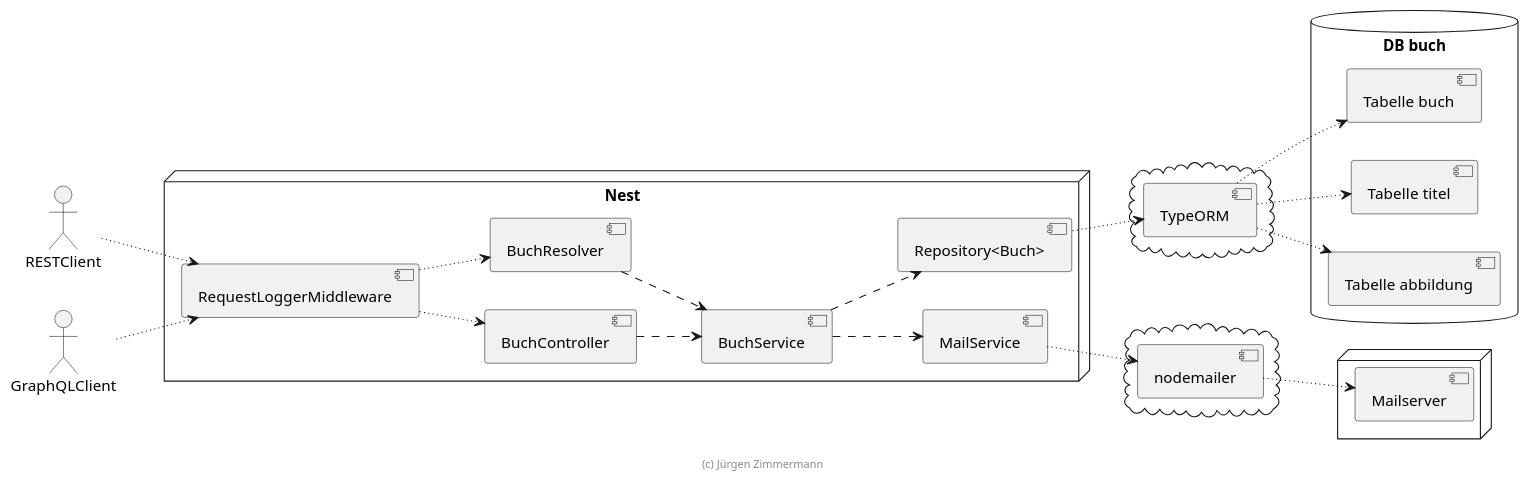
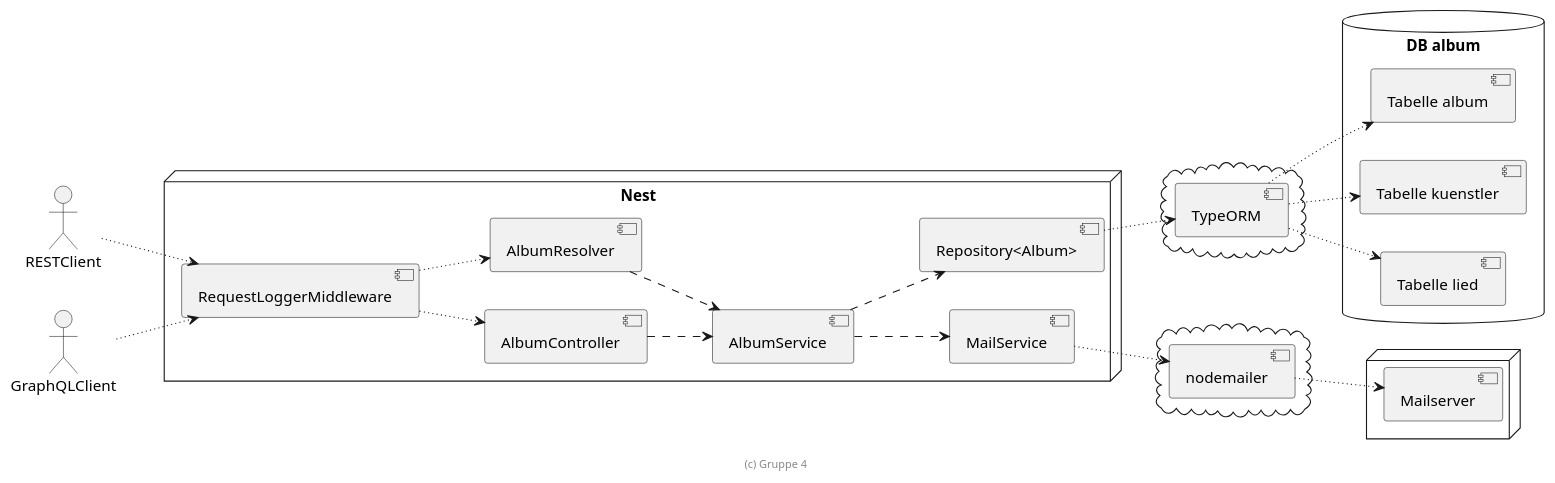
One commit to universalmensch/swe_album changed the diagram in .extras/doc/projekthandbuch/komponenten.plantuml. Above: the diagram before and after it, drawn with PlantUML. The commit also changed 15 other files, not shown here.

Commit message:
UML/Validierung

```diff
--- a/.extras/doc/projekthandbuch/komponenten.plantuml
+++ b/.extras/doc/projekthandbuch/komponenten.plantuml
@@ -3,61 +3,61 @@
 @startuml Komponenten
 
 left to right direction
 
 actor RESTClient
 actor GraphQLClient
 
 node "Nest" {
   [RequestLoggerMiddleware]
 
-  [BuchController]
-  [BuchResolver]
+  [AlbumController]
+  [AlbumResolver]
 
-  [BuchService]
+  [AlbumService]
 
-  [Repository<Buch>]
+  [Repository<Album>]
 
   [MailService]
 }
 
 
 cloud {
     [TypeORM]
 }
 
 cloud {
     [nodemailer]
 }
 
-database "DB buch" {
-    [Tabelle buch]
-    [Tabelle titel]
-    [Tabelle abbildung]
+database "DB album" {
+    [Tabelle album]
+    [Tabelle kuenstler]
+    [Tabelle lied]
 }
 
 node {
     [Mailserver]
 }
 
 RESTClient ~~> [RequestLoggerMiddleware]
 GraphQLClient ~~> [RequestLoggerMiddleware]
 
-[RequestLoggerMiddleware] ~~> [BuchController]
-[RequestLoggerMiddleware] ~~> [BuchResolver]
+[RequestLoggerMiddleware] ~~> [AlbumController]
+[RequestLoggerMiddleware] ~~> [AlbumResolver]
 
-[BuchController] ..> [BuchService]
-[BuchResolver] ..> [BuchService]
-[BuchService] ..> [Repository<Buch>]
+[AlbumController] ..> [AlbumService]
+[AlbumResolver] ..> [AlbumService]
+[AlbumService] ..> [Repository<Album>]
 
-[Repository<Buch>] ~~> [TypeORM]
-[TypeORM] ~~> [Tabelle buch]
-[TypeORM] ~~> [Tabelle titel]
-[TypeORM] ~~> [Tabelle abbildung]
+[Repository<Album>] ~~> [TypeORM]
+[TypeORM] ~~> [Tabelle album]
+[TypeORM] ~~> [Tabelle kuenstler]
+[TypeORM] ~~> [Tabelle lied]
 
-[BuchService] ..> [MailService]
+[AlbumService] ..> [MailService]
 [MailService] ~~> [nodemailer]
 [nodemailer] ~~> [Mailserver]
 
-footer (c) Jürgen Zimmermann
+footer (c) Gruppe 4
 
 @enduml
```
